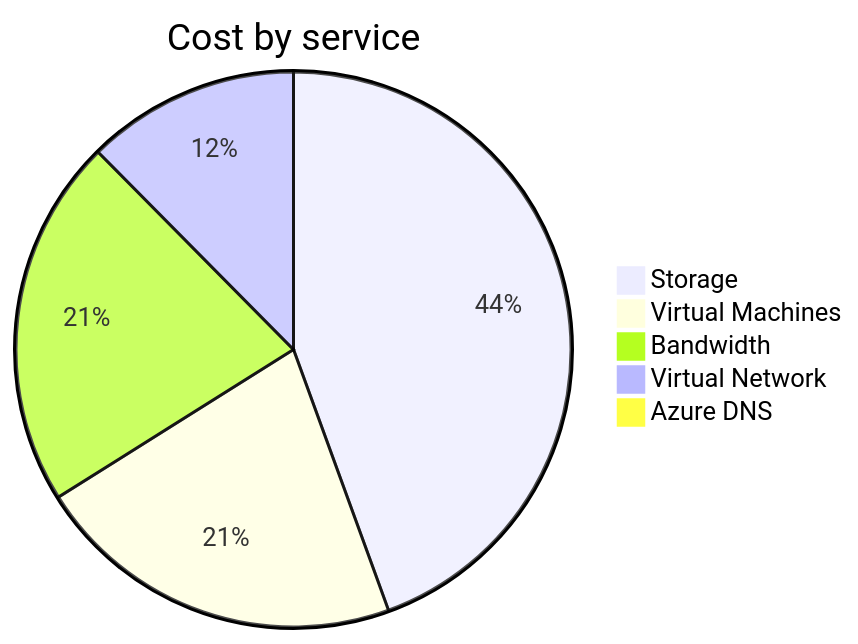
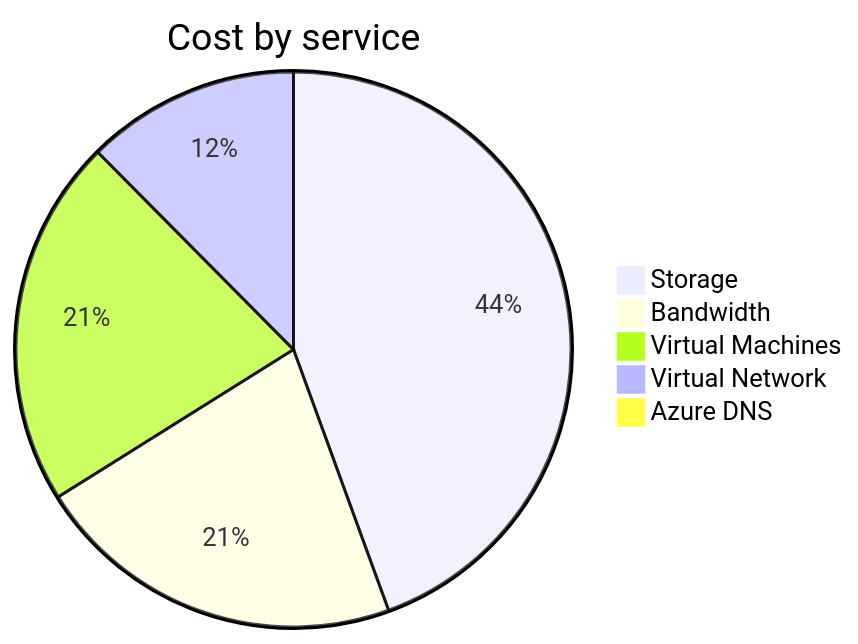
One commit to jpfulton/azure-personal-reports changed the second of 4 diagrams in cost-reports/personal-network/README.md. Above: the diagram before and after it, drawn with Mermaid. The commit also changed other lines of this file and 8 other files, not shown here.

````diff
--- a/cost-reports/personal-network/README.md
+++ b/cost-reports/personal-network/README.md
@@ -99,9 +99,9 @@
 ```mermaid
 pie
    title Cost by service
-   "Storage" : 20.58
-   "Virtual Machines" : 10.02
-   "Bandwidth" : 9.96
-   "Virtual Network" : 5.75
-   "Azure DNS" : 0.39
+   "Storage" : 21.44
+   "Bandwidth" : 10.45
+   "Virtual Machines" : 10.36
+   "Virtual Network" : 6.00
+   "Azure DNS" : 0.40
 ```
````
